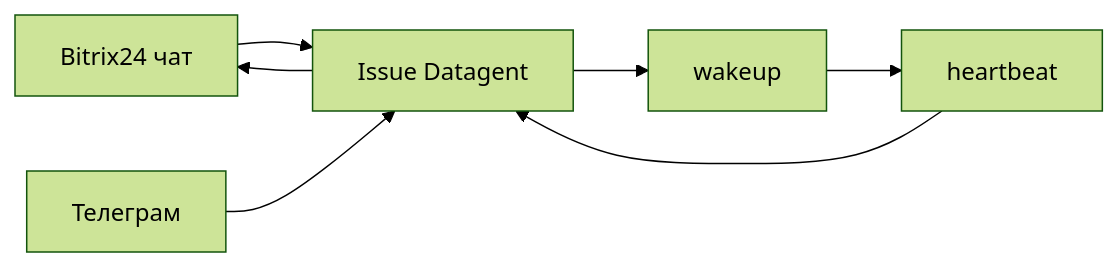
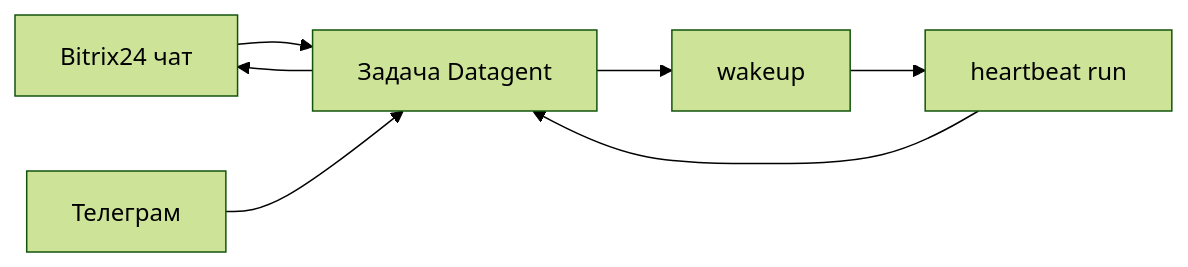
The diagram in docs/guides/06-channels.md (Dmitriion/datagent-docs), drawn with Mermaid (forest theme) before and after one commit. The commit also changed other lines of this file and 11 other files, not shown here.

````diff
--- a/docs/guides/06-channels.md
+++ b/docs/guides/06-channels.md
@@ -32,9 +30,9 @@
 ```mermaid
 flowchart LR
-  B24[Bitrix24 чат] --> Issue[Issue Datagent]
+  B24[Bitrix24 чат] --> Issue[Задача Datagent]
   TG[Телеграм] --> Issue
   Issue --> Wakeup[wakeup]
-  Wakeup --> Run[heartbeat]
+  Wakeup --> Run[heartbeat run]
   Run --> Issue
   Issue --> B24
 ```
````
